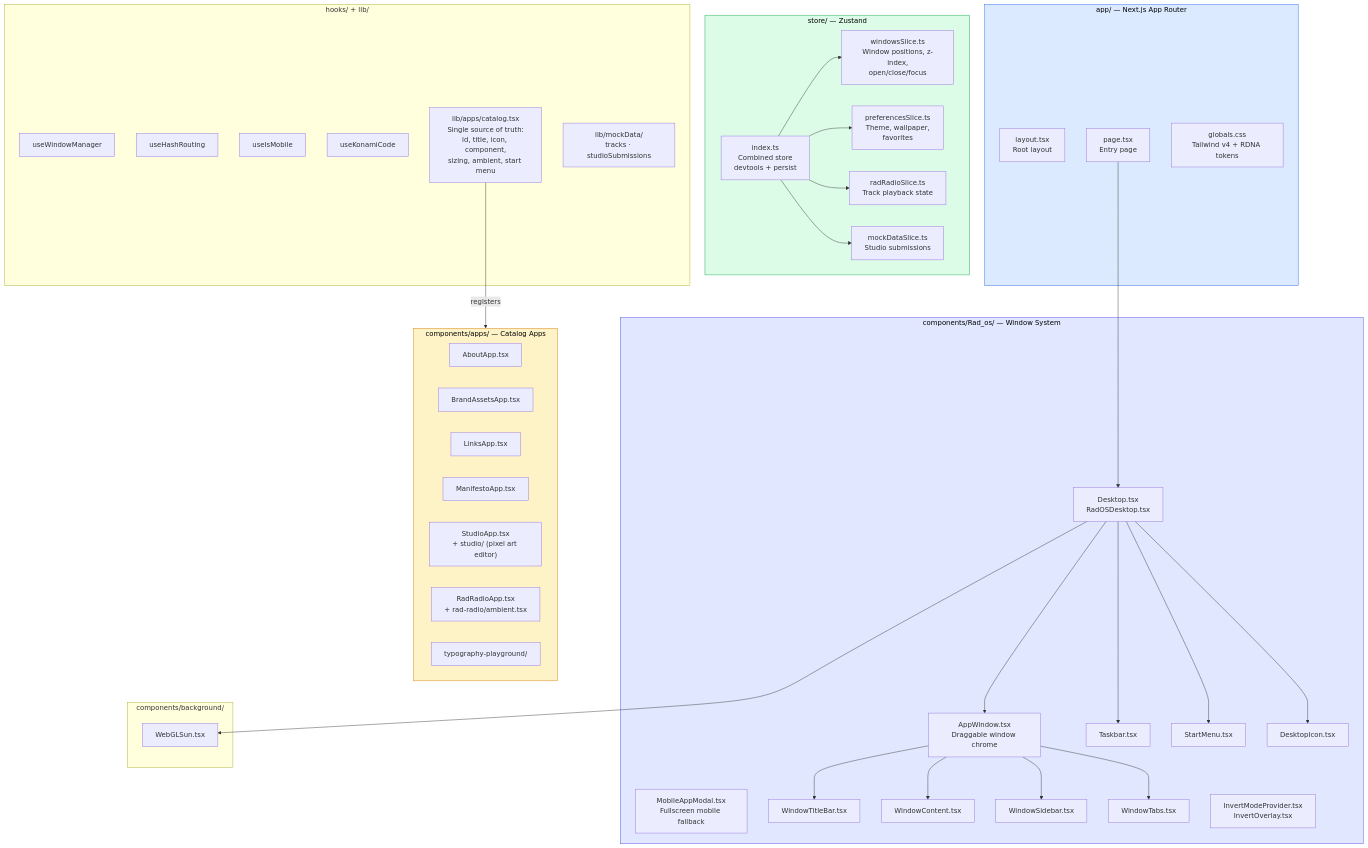
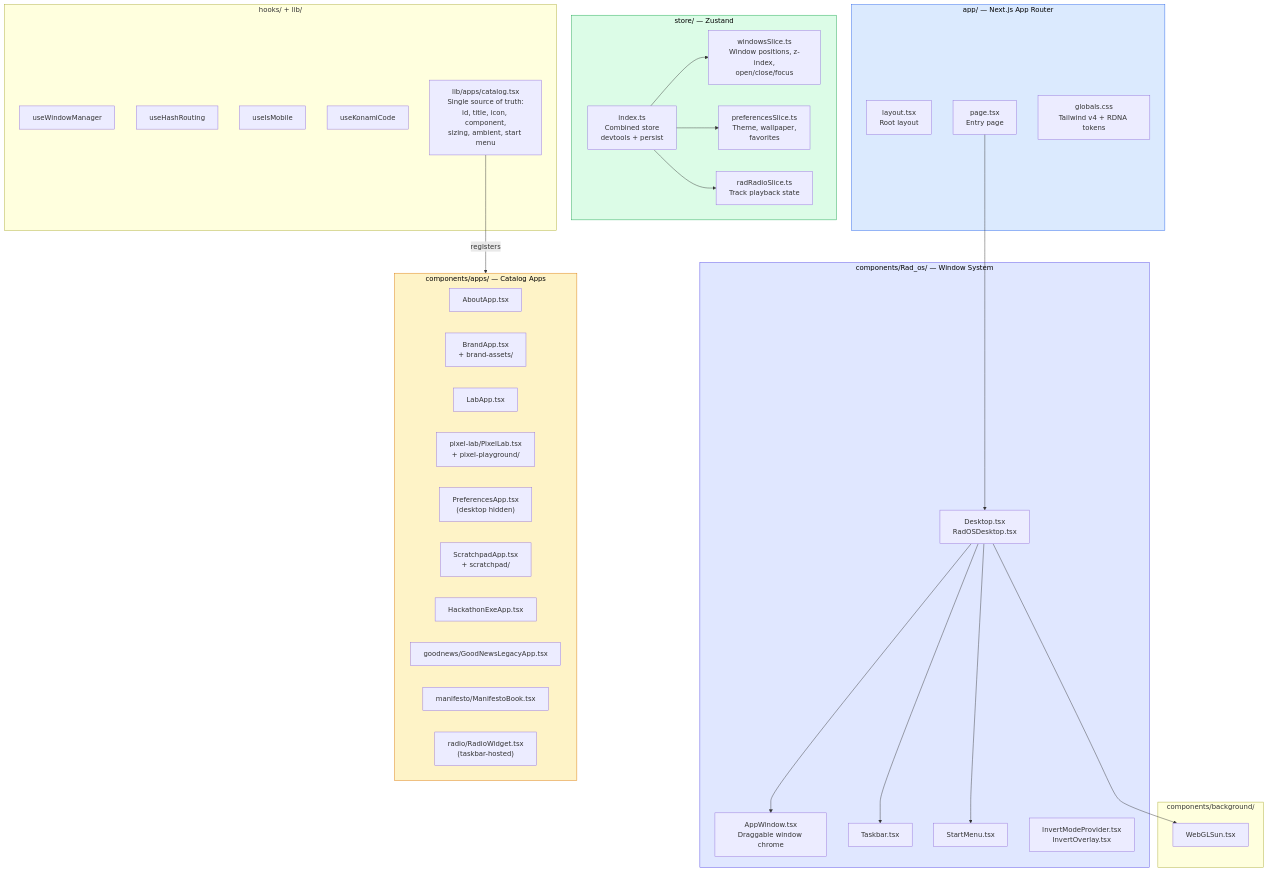
One commit to Radiants-DAO/DNA changed the fourth of 11 diagrams in docs/CODEMAP.md. Above: the diagram before and after it, drawn with Mermaid. The commit also changed other lines of this file and 38 other files, not shown here.

````diff
--- a/docs/CODEMAP.md
+++ b/docs/CODEMAP.md
@@ -226,74 +231,63 @@
 ```mermaid
 graph TB
     subgraph NEXTJS["app/ — Next.js App Router"]
         LAYOUT["layout.tsx<br/>Root layout"]
         PAGE["page.tsx<br/>Entry page"]
         GLOBALS["globals.css<br/>Tailwind v4 + RDNA tokens"]
     end
 
     subgraph WINDOW_SYSTEM["components/Rad_os/ — Window System"]
         DESKTOP["Desktop.tsx<br/>RadOSDesktop.tsx"]
         APPWINDOW["AppWindow.tsx<br/>Draggable window chrome"]
-        MOBILE_MODAL["MobileAppModal.tsx<br/>Fullscreen mobile fallback"]
-        TITLEBAR["WindowTitleBar.tsx"]
-        CONTENT["WindowContent.tsx"]
-        SIDEBAR["WindowSidebar.tsx"]
-        TABS["WindowTabs.tsx"]
         TASKBAR["Taskbar.tsx"]
         STARTMENU["StartMenu.tsx"]
-        DESKICON["DesktopIcon.tsx"]
         INVERT["InvertModeProvider.tsx<br/>InvertOverlay.tsx"]
     end
 
     subgraph APP_COMPONENTS["components/apps/ — Catalog Apps"]
         ABOUT["AboutApp.tsx"]
-        BRAND["BrandAssetsApp.tsx"]
-        LINKS["LinksApp.tsx"]
-        MANIFESTO["ManifestoApp.tsx"]
-        STUDIO["StudioApp.tsx<br/>+ studio/ (pixel art editor)"]
-        RADIO["RadRadioApp.tsx<br/>+ rad-radio/ambient.tsx"]
-        TYPE_PG["typography-playground/"]
+        BRAND["BrandApp.tsx<br/>+ brand-assets/"]
+        LAB["LabApp.tsx"]
+        PIXEL_LAB["pixel-lab/PixelLab.tsx<br/>+ pixel-playground/"]
+        PREFS["PreferencesApp.tsx<br/>(desktop hidden)"]
+        SCRATCHPAD["ScratchpadApp.tsx<br/>+ scratchpad/"]
+        HACKATHON["HackathonExeApp.tsx"]
+        GOOD_NEWS["goodnews/GoodNewsLegacyApp.tsx"]
+        MANIFESTO["manifesto/ManifestoBook.tsx"]
+        RADIO["radio/RadioWidget.tsx<br/>(taskbar-hosted)"]
     end
 
     subgraph STATE["store/ — Zustand"]
         STORE_INDEX["index.ts<br/>Combined store<br/>devtools + persist"]
         WINDOWS_SLICE["windowsSlice.ts<br/>Window positions, z-index,<br/>open/close/focus"]
         PREFS_SLICE["preferencesSlice.ts<br/>Theme, wallpaper,<br/>favorites"]
         RADIO_SLICE["radRadioSlice.ts<br/>Track playback state"]
-        MOCK_SLICE["mockDataSlice.ts<br/>Studio submissions"]
     end
 
     subgraph HOOKS_LIB["hooks/ + lib/"]
         USE_WM["useWindowManager"]
         USE_HASH["useHashRouting"]
         USE_MOBILE["useIsMobile"]
         USE_KONAMI["useKonamiCode"]
         APP_CATALOG["lib/apps/catalog.tsx<br/>Single source of truth:<br/>id, title, icon, component,<br/>sizing, ambient, start menu"]
-        MOCK_DATA["lib/mockData/<br/>tracks · studioSubmissions"]
     end
 
     subgraph BG["components/background/"]
         WEBGL_SUN["WebGLSun.tsx"]
     end
 
     PAGE --> DESKTOP
     DESKTOP --> APPWINDOW
     DESKTOP --> TASKBAR
     DESKTOP --> STARTMENU
-    DESKTOP --> DESKICON
     DESKTOP --> WEBGL_SUN
-    APPWINDOW --> TITLEBAR
-    APPWINDOW --> CONTENT
-    APPWINDOW --> SIDEBAR
-    APPWINDOW --> TABS
     APP_CATALOG -->|"registers"| APP_COMPONENTS
     STORE_INDEX --> WINDOWS_SLICE
     STORE_INDEX --> PREFS_SLICE
     STORE_INDEX --> RADIO_SLICE
-    STORE_INDEX --> MOCK_SLICE
 
     style NEXTJS fill:#dbeafe,stroke:#2563eb,color:#000
     style WINDOW_SYSTEM fill:#e0e7ff,stroke:#4f46e5,color:#000
     style APP_COMPONENTS fill:#fef3c7,stroke:#d97706,color:#000
     style STATE fill:#dcfce7,stroke:#16a34a,color:#000
 ```
````
